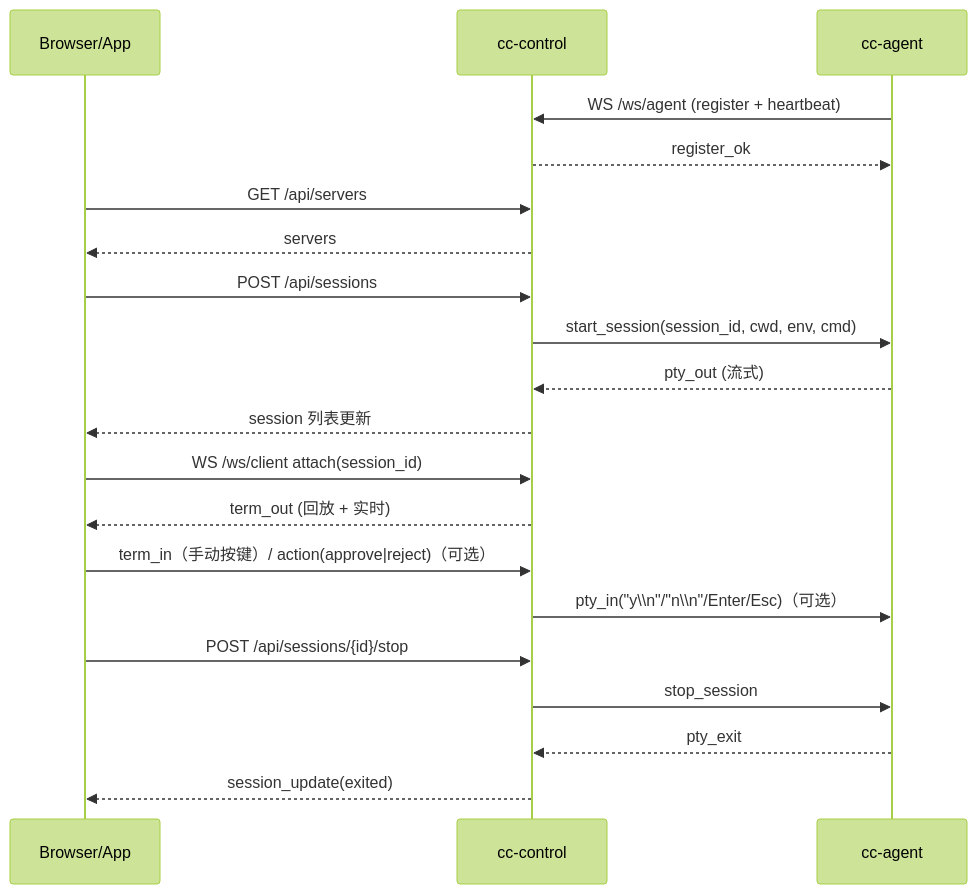
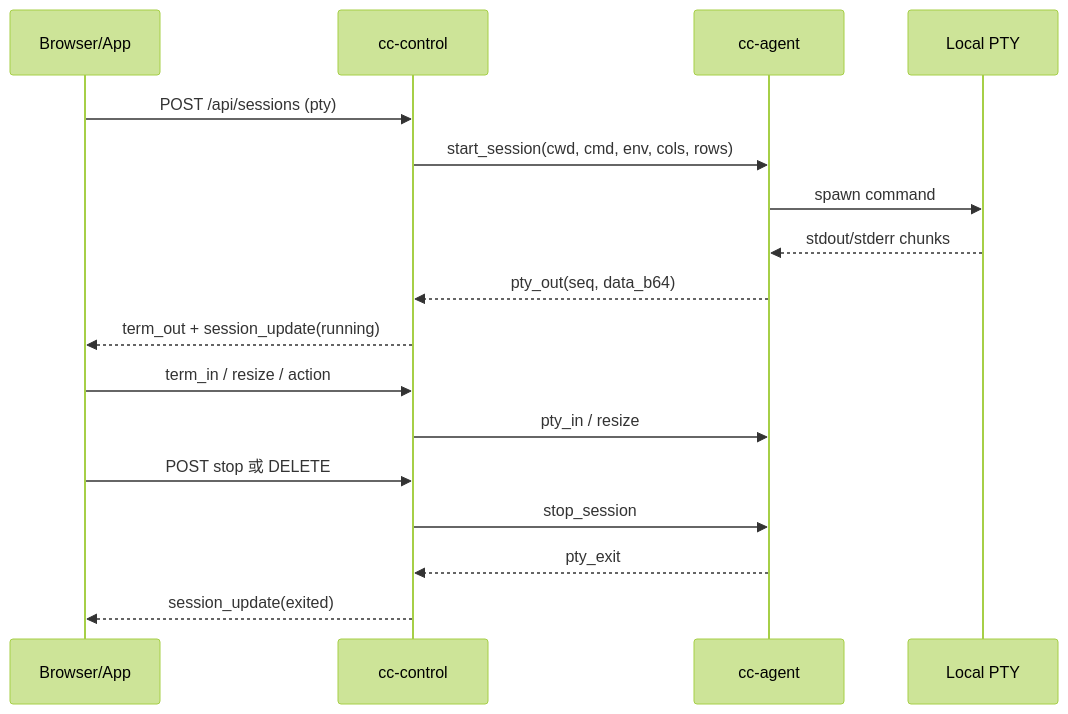
One commit to xuzhougeng/agent-control changed the second of 5 diagrams in docs/architecture.md. Above: the diagram before and after it, drawn with Mermaid (forest theme). The commit also changed other lines of this file, not shown here.

Commit message:
docs: update architecture documentation to clarify system overview, component responsibilities, and authentication mechanisms

````diff
--- a/docs/architecture.md
+++ b/docs/architecture.md
@@ -54,23 +102,20 @@
 ```mermaid
 sequenceDiagram
     participant UI as Browser/App
     participant CP as cc-control
     participant Agent as cc-agent
+    participant PTY as Local PTY
 
-    Agent->>CP: WS /ws/agent (register + heartbeat)
-    CP-->>Agent: register_ok
-    UI->>CP: GET /api/servers
-    CP-->>UI: servers
-    UI->>CP: POST /api/sessions
-    CP->>Agent: start_session(session_id, cwd, env, cmd)
-    Agent-->>CP: pty_out (流式)
-    CP-->>UI: session 列表更新
-    UI->>CP: WS /ws/client attach(session_id)
-    CP-->>UI: term_out (回放 + 实时)
-    UI->>CP: term_in（手动按键）/ action(approve|reject)（可选）
-    CP->>Agent: pty_in("y\\n"/"n\\n"/Enter/Esc)（可选）
-    UI->>CP: POST /api/sessions/{id}/stop
+    UI->>CP: POST /api/sessions (pty)
+    CP->>Agent: start_session(cwd, cmd, env, cols, rows)
+    Agent->>PTY: spawn command
+    PTY-->>Agent: stdout/stderr chunks
+    Agent-->>CP: pty_out(seq, data_b64)
+    CP-->>UI: term_out + session_update(running)
+    UI->>CP: term_in / resize / action
+    CP->>Agent: pty_in / resize
+    UI->>CP: POST stop 或 DELETE
     CP->>Agent: stop_session
     Agent-->>CP: pty_exit
     CP-->>UI: session_update(exited)
 ```
````
